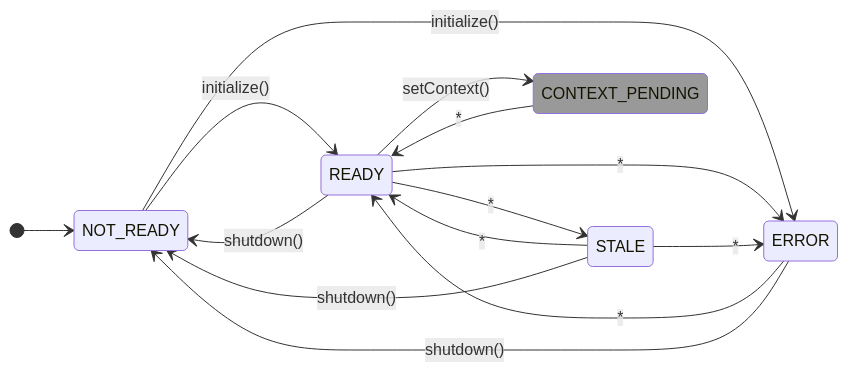
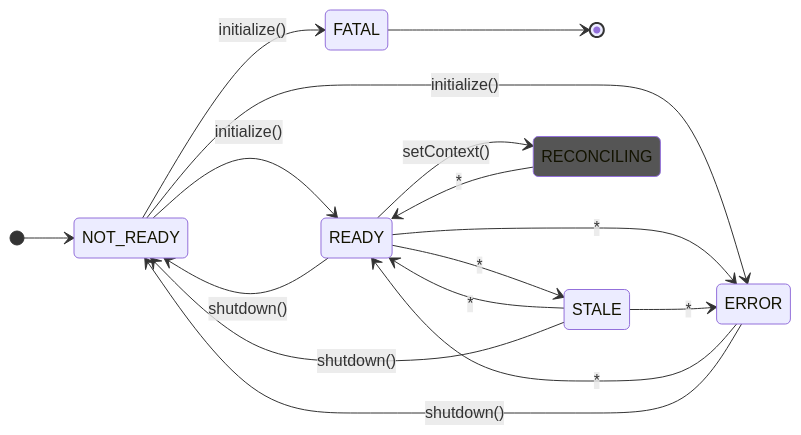
Before and after one commit to open-feature/spec: the diagram in specification/sections/01-flag-evaluation.md, drawn with Mermaid. The commit also changed other lines of this file and 4 other files, not shown here.

````diff
--- a/specification/sections/01-flag-evaluation.md
+++ b/specification/sections/01-flag-evaluation.md
@@ -412,19 +412,21 @@
 ```mermaid
 stateDiagram-v2
     direction LR
     [*] --> NOT_READY
     NOT_READY --> READY:initialize()
     NOT_READY --> ERROR:initialize()
+    NOT_READY --> FATAL:initialize()
+    FATAL --> [*]
     READY --> ERROR:*
     ERROR --> READY:*
     READY --> STALE:*
     STALE --> READY:*
     STALE --> ERROR:*
     READY --> NOT_READY:shutdown()
     STALE --> NOT_READY:shutdown()
     ERROR --> NOT_READY:shutdown()
-    READY --> CONTEXT_PENDING:::optional:setContext()
-    CONTEXT_PENDING --> READY:*
+    READY --> RECONCILING:::client:setContext()
+    RECONCILING:::client --> READY:*
 
-    classDef optional fill:#999
+    classDef client fill:#555
 ```
````
